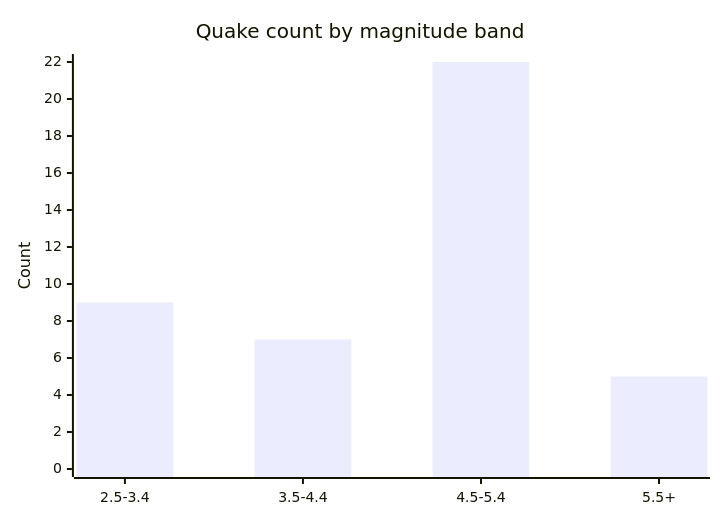
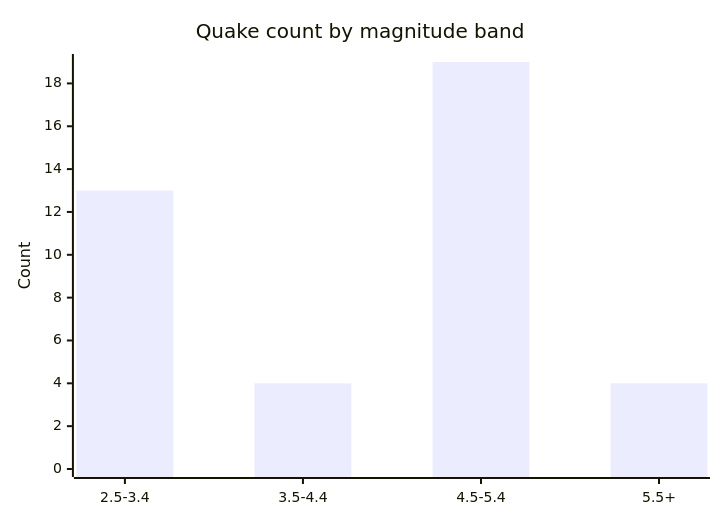
Before and after one commit to Midwest-Stratospheric/aerostratospheric-defense-gir: the fifth of 6 diagrams in docs/GRAPHS.md, drawn with Mermaid. The commit also changed other lines of this file and 26 other files, not shown here.

````diff
--- a/docs/GRAPHS.md
+++ b/docs/GRAPHS.md
@@ -82,7 +82,7 @@
 ```mermaid
 xychart-beta
   title "Quake count by magnitude band"
   x-axis ["2.5-3.4", "3.5-4.4", "4.5-5.4", "5.5+"]
-  y-axis "Count" 0 --> 22
-  bar [9, 7, 22, 5]
+  y-axis "Count" 0 --> 19
+  bar [13, 4, 19, 4]
 ```
````
